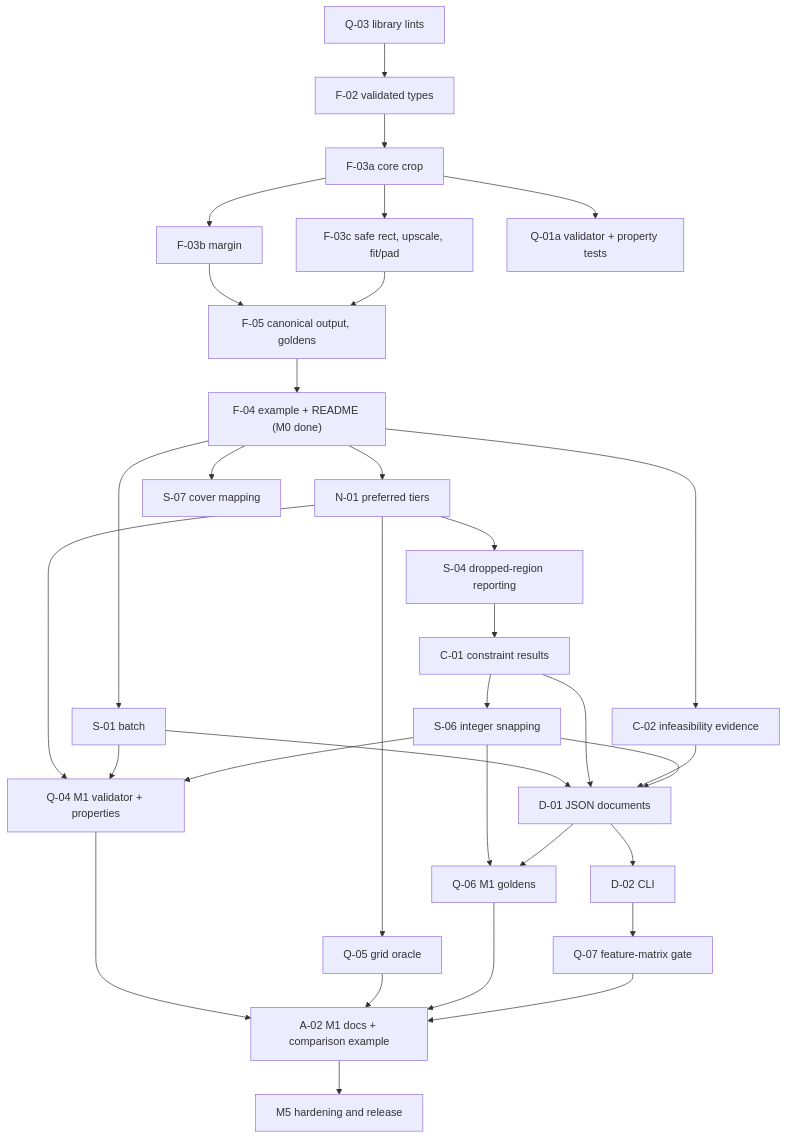
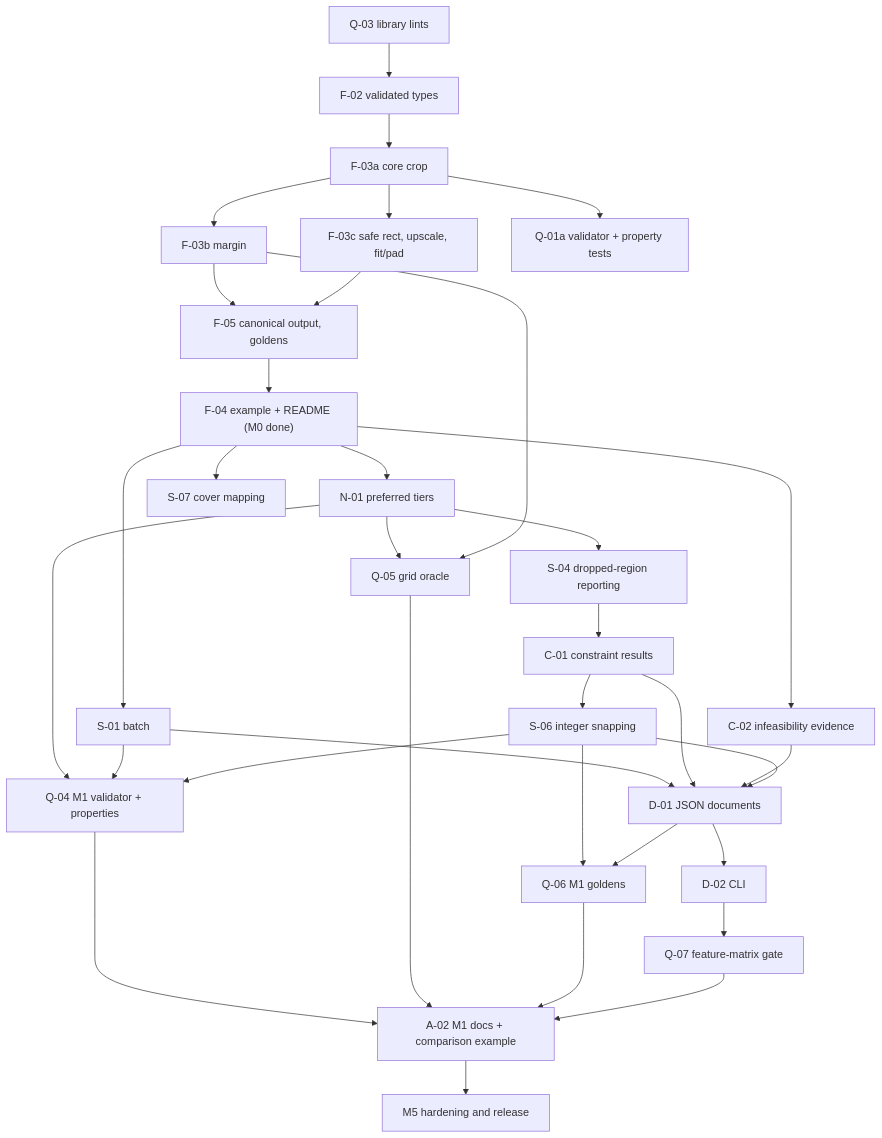
One commit to drkarl/framemotive changed the diagram in roadmap.md. Above: the diagram before and after it, drawn with Mermaid. The commit also changed other lines of this file and 4 other files, not shown here.

First line of the commit message:
docs: mark ADR-005 accepted and tighten roadmap dependencies

````diff
--- a/roadmap.md
+++ b/roadmap.md
@@ -30,35 +30,36 @@
 ```mermaid
 flowchart TD
   Q03["Q-03 library lints"] --> F02["F-02 validated types"]
   F02 --> F03a["F-03a core crop"]
   F03a --> F03b["F-03b margin"]
   F03a --> F03c["F-03c safe rect, upscale, fit/pad"]
   F03a --> Q01a["Q-01a validator + property tests"]
   F03b --> F05["F-05 canonical output, goldens"]
   F03c --> F05
   F05 --> F04["F-04 example + README (M0 done)"]
   F04 --> S01["S-01 batch"]
   F04 --> N01["N-01 preferred tiers"]
   F04 --> C02["C-02 infeasibility evidence"]
   F04 --> S07["S-07 cover mapping"]
   N01 --> S04["S-04 dropped-region reporting"]
   S04 --> C01["C-01 constraint results"]
   C01 --> S06["S-06 integer snapping"]
   S01 --> D01["D-01 JSON documents"]
   C01 --> D01
   C02 --> D01
   S06 --> D01
   D01 --> D02["D-02 CLI"]
   N01 --> Q04["Q-04 M1 validator + properties"]
   S01 --> Q04
   S06 --> Q04
   N01 --> Q05["Q-05 grid oracle"]
+  F03b --> Q05
   S06 --> Q06["Q-06 M1 goldens"]
   D01 --> Q06
   D02 --> Q07["Q-07 feature-matrix gate"]
   Q04 --> A02["A-02 M1 docs + comparison example"]
   Q05 --> A02
   Q06 --> A02
   Q07 --> A02
   A02 --> M5["M5 hardening and release"]
 ```
````
